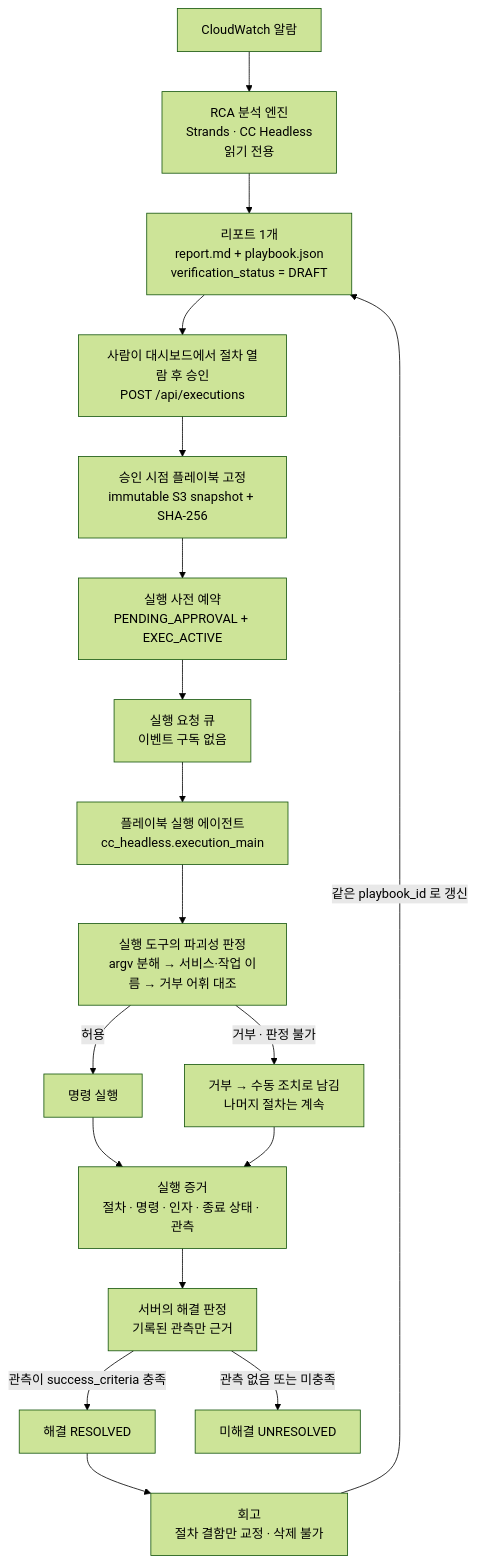
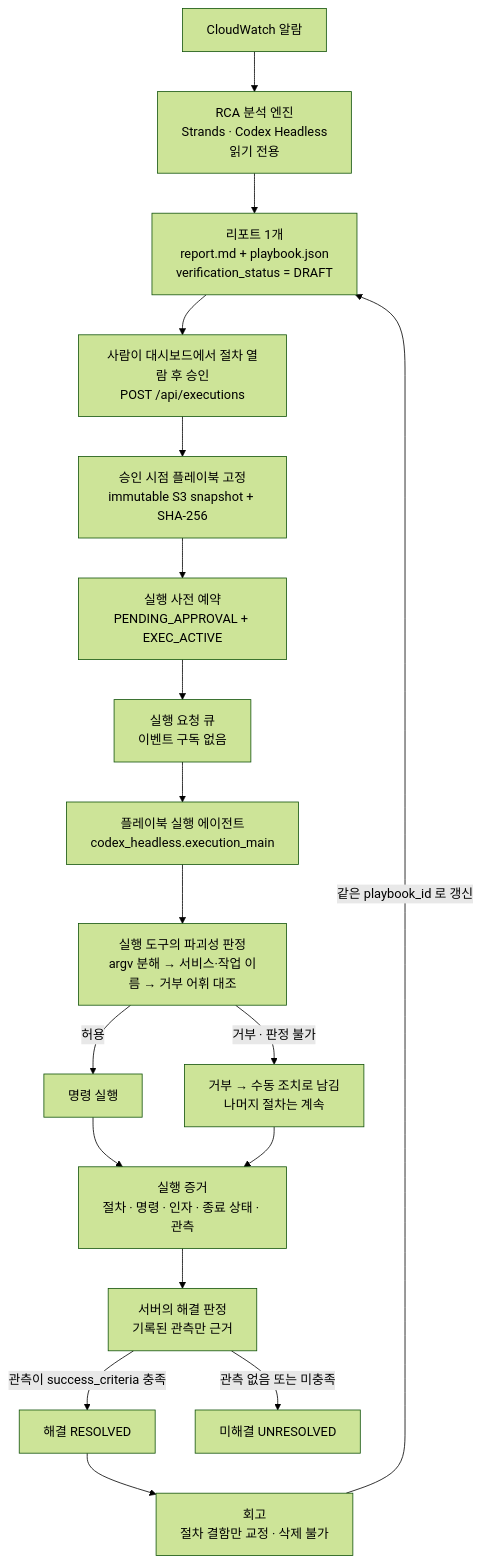
One commit to haandol/rca-agent changed the first of 4 diagrams in docs/rca-to-remediation-flow.md. Above: the diagram before and after it, drawn with Mermaid (forest theme). The commit also changed other lines of this file and 306 other files, not shown here.

Commit message:
feat: replace headless CC with Codex on Bedrock

````diff
--- a/docs/rca-to-remediation-flow.md
+++ b/docs/rca-to-remediation-flow.md
@@ -18,28 +18,28 @@
 ```mermaid
 flowchart TB
     CW["CloudWatch 알람"]
-    ENG["RCA 분석 엔진<br/>Strands · CC Headless<br/>읽기 전용"]
+    ENG["RCA 분석 엔진<br/>Strands · Codex Headless<br/>읽기 전용"]
     REP["리포트 1개<br/>report.md + playbook.json<br/>verification_status = DRAFT"]
     APV["사람이 대시보드에서 절차 열람 후 승인<br/>POST /api/executions"]
     SNP["승인 시점 플레이북 고정<br/>immutable S3 snapshot + SHA-256"]
     RSV["실행 사전 예약<br/>PENDING_APPROVAL + EXEC_ACTIVE"]
     QUE["실행 요청 큐<br/>이벤트 구독 없음"]
-    WRK["플레이북 실행 에이전트<br/>cc_headless.execution_main"]
+    WRK["플레이북 실행 에이전트<br/>codex_headless.execution_main"]
     GATE["실행 도구의 파괴성 판정<br/>argv 분해 → 서비스·작업 이름 → 거부 어휘 대조"]
     RUN["명령 실행"]
     MAN["거부 → 수동 조치로 남김<br/>나머지 절차는 계속"]
     EVD["실행 증거<br/>절차 · 명령 · 인자 · 종료 상태 · 관측"]
     JDG["서버의 해결 판정<br/>기록된 관측만 근거"]
     RES["해결 RESOLVED"]
     UNR["미해결 UNRESOLVED"]
     RETRO["회고<br/>절차 결함만 교정 · 삭제 불가"]
 
     CW --> ENG --> REP --> APV --> SNP --> RSV --> QUE --> WRK --> GATE
     GATE -->|"허용"| RUN --> EVD
     GATE -->|"거부 · 판정 불가"| MAN --> EVD
     EVD --> JDG
     JDG -->|"관측이 success_criteria 충족"| RES
     JDG -->|"관측 없음 또는 미충족"| UNR
     RES --> RETRO
     RETRO -->|"같은 playbook_id 로 갱신"| REP
 ```
````
